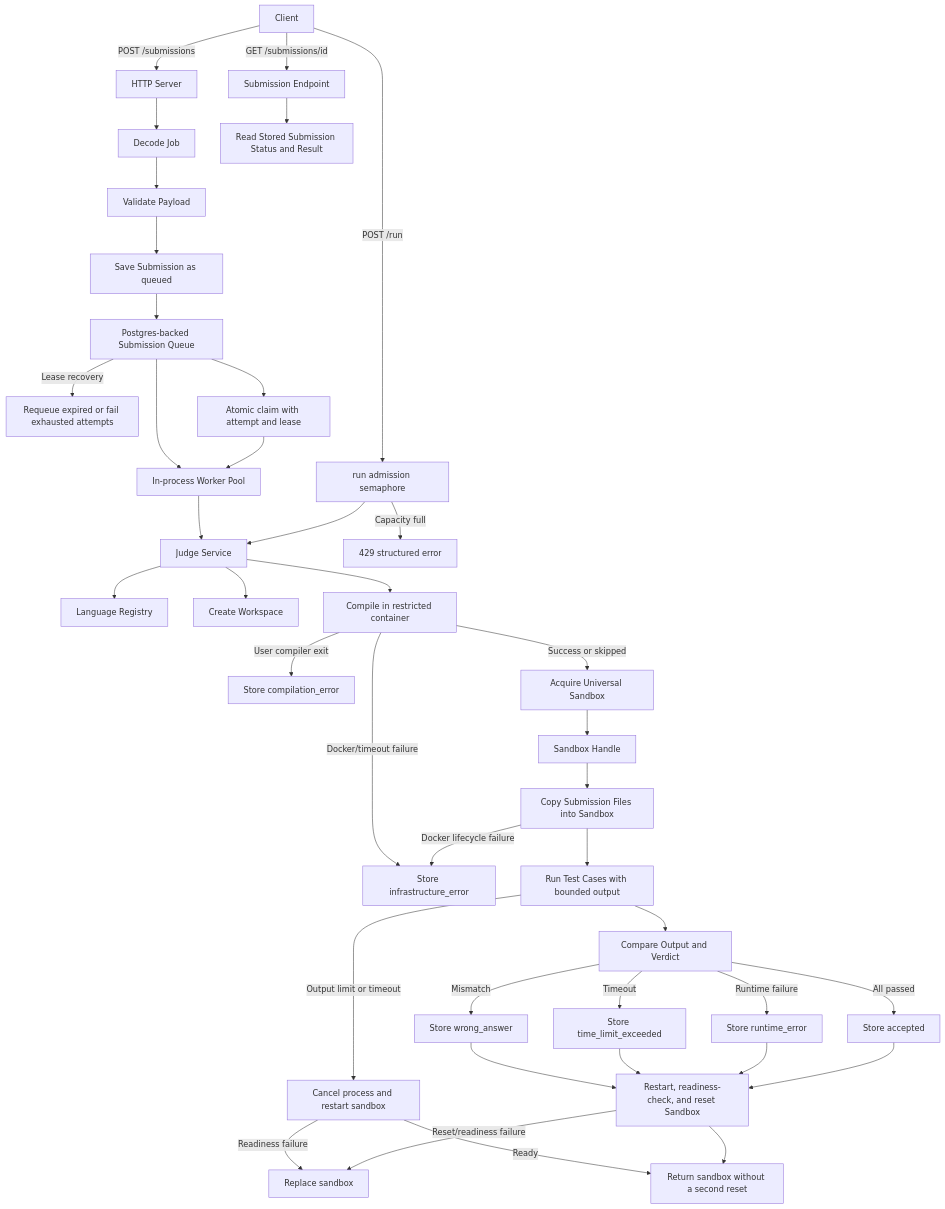
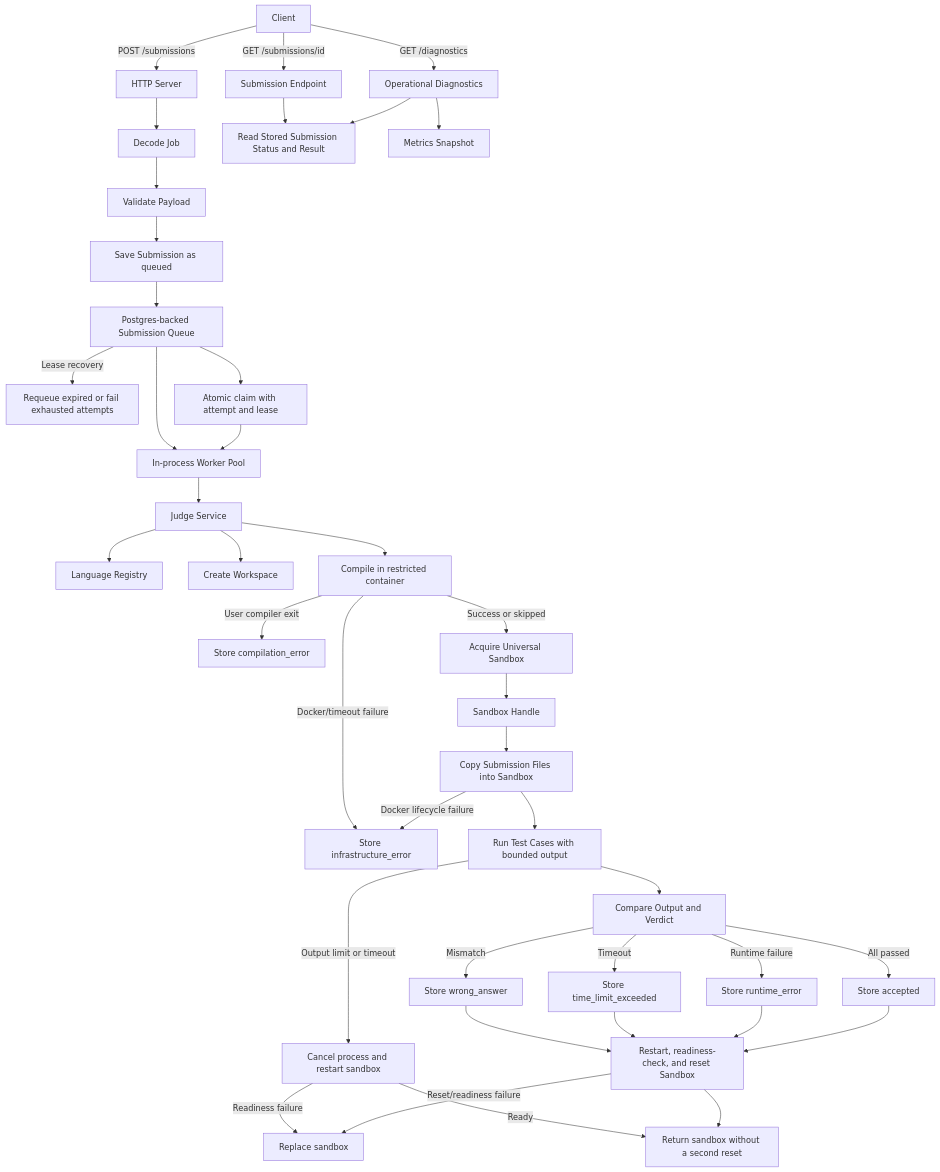
Before and after one commit to PixelsBH/YexJudge: the first of 2 diagrams in architecture.md, drawn with Mermaid. The commit also changed other lines of this file and 17 other files, not shown here.

````diff
--- a/architecture.md
+++ b/architecture.md
@@ -40,42 +40,42 @@
 ```mermaid
 flowchart TD
     Client[Client] -->|POST /submissions| Server[HTTP Server]
     Server --> Decode[Decode Job]
     Decode --> Validate[Validate Payload]
     Validate --> Store[Save Submission as queued]
     Store --> Queue[Postgres-backed Submission Queue]
     Queue --> Worker[In-process Worker Pool]
     Queue -->|Lease recovery| Recovery[Requeue expired or fail exhausted attempts]
     Queue --> Claim[Atomic claim with attempt and lease]
     Claim --> Worker
     Worker --> Service[Judge Service]
     Service --> Registry[Language Registry]
     Service --> Workspace[Create Workspace]
     Service --> Compile[Compile in restricted container]
     Compile -->|User compiler exit| CE[Store compilation_error]
     Compile -->|Docker/timeout failure| IE[Store infrastructure_error]
     Compile -->|Success or skipped| Acquire[Acquire Universal Sandbox]
     Acquire --> Sandbox[Sandbox Handle]
     Sandbox --> Stage[Copy Submission Files into Sandbox]
     Stage -->|Docker lifecycle failure| IE
     Stage --> Execute[Run Test Cases with bounded output]
     Execute --> Compare[Compare Output and Verdict]
     Compare -->|Mismatch| WA[Store wrong_answer]
     Compare -->|Timeout| TLE[Store time_limit_exceeded]
     Compare -->|Runtime failure| RE[Store runtime_error]
     Compare -->|All passed| AC[Store accepted]
     WA --> Reset
     TLE --> Reset
     RE --> Reset
     Execute -->|Output limit or timeout| Restart[Cancel process and restart sandbox]
     Restart -->|Readiness failure| Replace[Replace sandbox]
     Restart -->|Ready| Release[Return sandbox without a second reset]
     AC --> Reset[Restart, readiness-check, and reset Sandbox]
     Reset -->|Reset/readiness failure| Replace
     Reset --> Release
-    Client -->|POST /run| RunAdmission[run admission semaphore]
-    RunAdmission -->|Capacity full| TooMany[429 structured error]
-    RunAdmission --> Service
     Client -->|GET /submissions/id| Fetch[Submission Endpoint]
     Fetch --> StoreLookup[Read Stored Submission Status and Result]
+    Client -->|GET /diagnostics| Diagnostics[Operational Diagnostics]
+    Diagnostics --> StoreLookup
+    Diagnostics --> Metrics[Metrics Snapshot]
 ```
````
